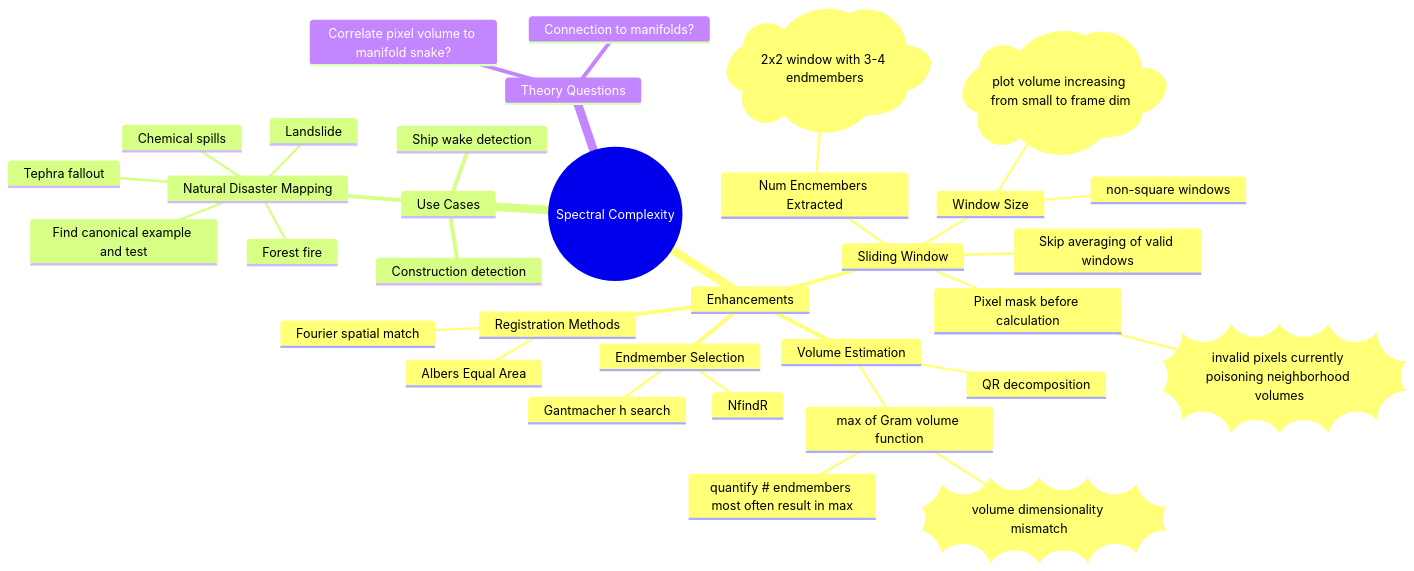
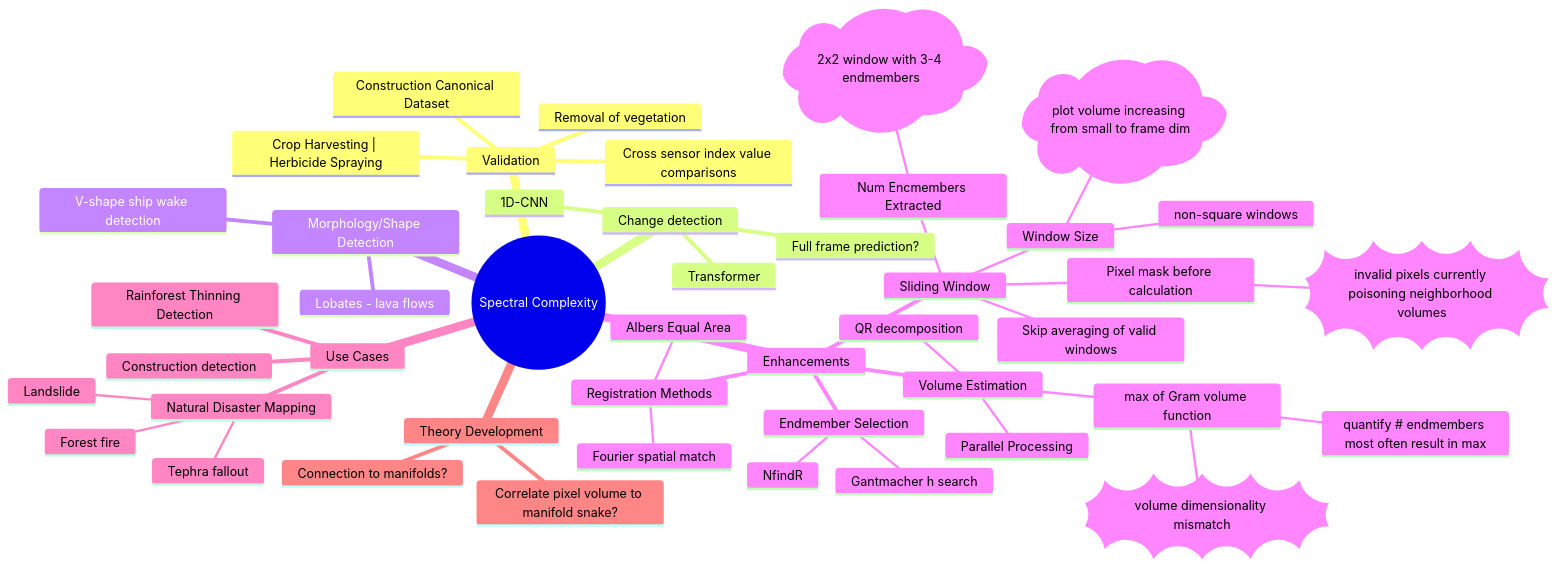
The diagram in README.md (nickchiaratti/Spectral-Complexity-dev), drawn with Mermaid before and after one commit. The commit also changed 3 other files, not shown here.

````diff
--- a/README.md
+++ b/README.md
@@ -2,37 +1,49 @@
 ```mermaid
 mindmap
   root((Spectral Complexity))
+    Validation
+      Construction Canonical Dataset
+      Cross sensor index value comparisons
+      Crop Harvesting | Herbicide Spraying
+      Removal of vegetation
+    Change detection
+      1D-CNN
+      Transformer
+      Full frame prediction?
+    Morphology/Shape Detection
+      V-shape ship wake detection
+      Lobates - lava flows
+
     Enhancements
-        Sliding Window
-            Num Encmembers Extracted
-                id)2x2 window with 3-4 endmembers(
-            Window Size
-                id)plot volume increasing from small to frame dim(
-                non-square windows
-            Skip averaging of valid windows
-            Pixel mask before calculation
-                id))invalid pixels currently poisoning neighborhood volumes((
-        Endmember Selection
-            Gantmacher h search
-            NfindR
-        Registration Methods
-            Albers Equal Area
-            Fourier spatial match
-        Volume Estimation
-            QR decomposition
-            max of Gram volume function
-                id))volume dimensionality mismatch((
-                quantify # endmembers most often result in max
+      Sliding Window
+        Num Encmembers Extracted
+            id)2x2 window with 3-4 endmembers(
+        Window Size
+            id)plot volume increasing from small to frame dim(
+            non-square windows
+        Skip averaging of valid windows
+        Pixel mask before calculation
+            id))invalid pixels currently poisoning neighborhood volumes((
+      Endmember Selection
+        Gantmacher h search
+        NfindR
+      Registration Methods
+        Albers Equal Area
+        Fourier spatial match
+      Volume Estimation
+        QR decomposition
+        Parallel Processing
+        max of Gram volume function
+            id))volume dimensionality mismatch((
+            quantify # endmembers most often result in max
     Use Cases
-        Construction detection
-        Ship wake detection
-        Natural Disaster Mapping
-            Find canonical example and test
-            Landslide
-            Forest fire
-            Chemical spills
-            Tephra fallout
-    Theory Questions
-        Connection to manifolds?
-        Correlate pixel volume to manifold snake?
+      Construction detection
+      Rainforest Thinning Detection
+      Natural Disaster Mapping
+        Landslide
+        Forest fire
+        Tephra fallout
+    Theory Development
+      Connection to manifolds?
+      Correlate pixel volume to manifold snake?
 ```
````
